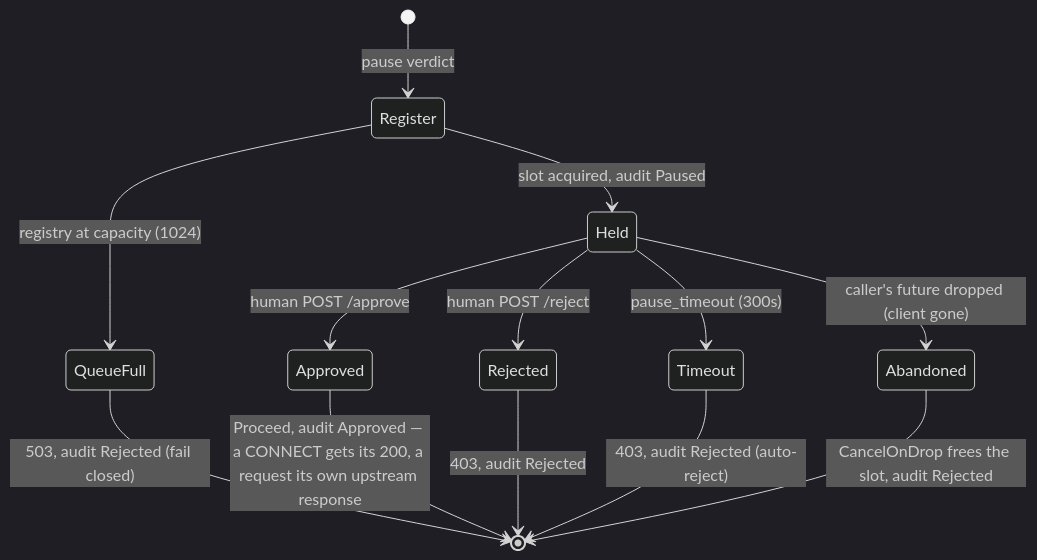
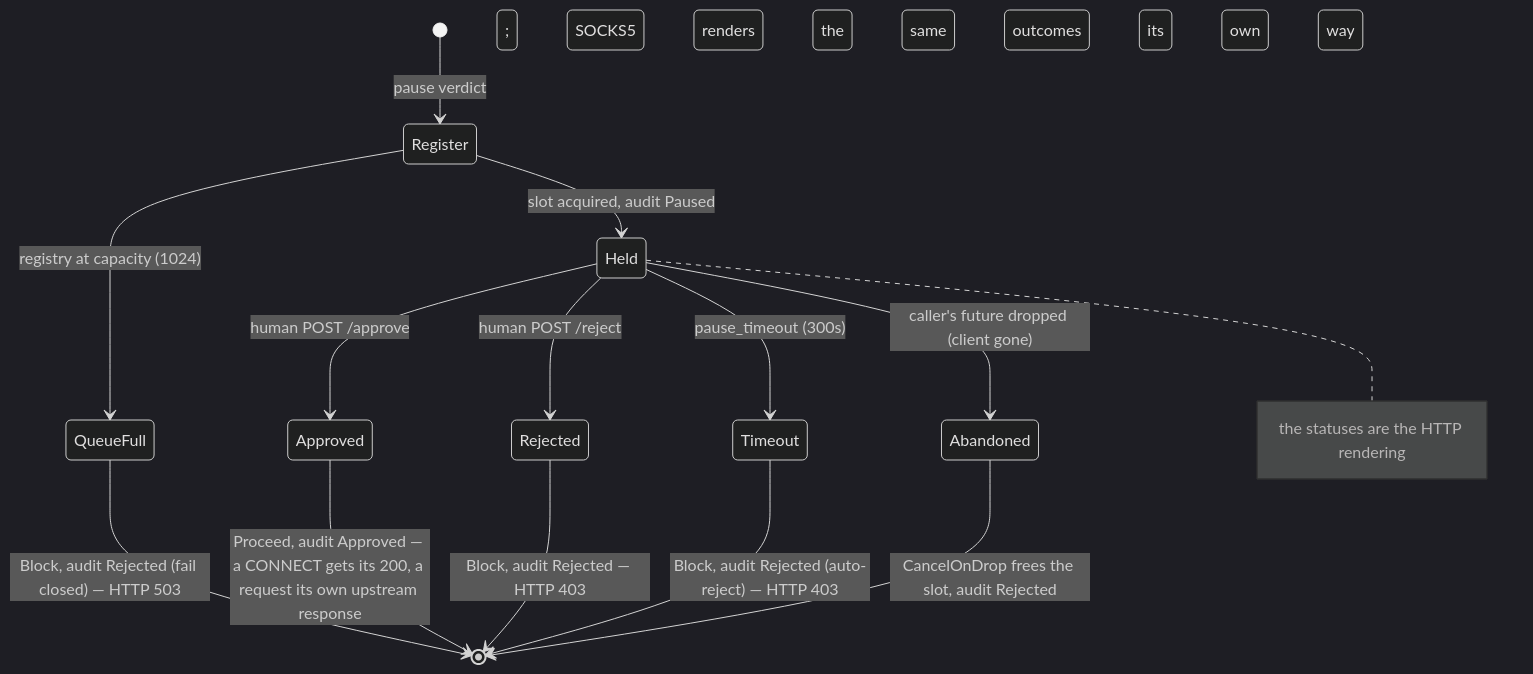
One commit to pleaseai/honmoon changed the second of 3 diagrams in wiki/deep-dive/egress-gateway.md. Above: the diagram before and after it, drawn with Mermaid (dark theme). The commit also changed other lines of this file and 1 other file, not shown here.

First line of the commit message:
docs(wiki): the hold diagram's statuses are HTTP's, and SOCKS5 has none of them

````diff
--- a/wiki/deep-dive/egress-gateway.md
+++ b/wiki/deep-dive/egress-gateway.md
@@ -249,15 +249,16 @@
 ```mermaid
 stateDiagram-v2
   [*] --> Register: pause verdict
   Register --> QueueFull: registry at capacity (1024)
   Register --> Held: slot acquired, audit Paused
-  QueueFull --> [*]: 503, audit Rejected (fail closed)
+  QueueFull --> [*]: Block, audit Rejected (fail closed) — HTTP 503
   Held --> Approved: human POST /approve
   Held --> Rejected: human POST /reject
   Held --> Timeout: pause_timeout (300s)
   Held --> Abandoned: caller's future dropped (client gone)
   Approved --> [*]: Proceed, audit Approved — a CONNECT gets its 200, a request its own upstream response
-  Rejected --> [*]: 403, audit Rejected
-  Timeout --> [*]: 403, audit Rejected (auto-reject)
+  Rejected --> [*]: Block, audit Rejected — HTTP 403
+  Timeout --> [*]: Block, audit Rejected (auto-reject) — HTTP 403
   Abandoned --> [*]: CancelOnDrop frees the slot, audit Rejected
+  note right of Held: the statuses are the HTTP rendering; SOCKS5 renders the same outcomes its own way
 ```
````
